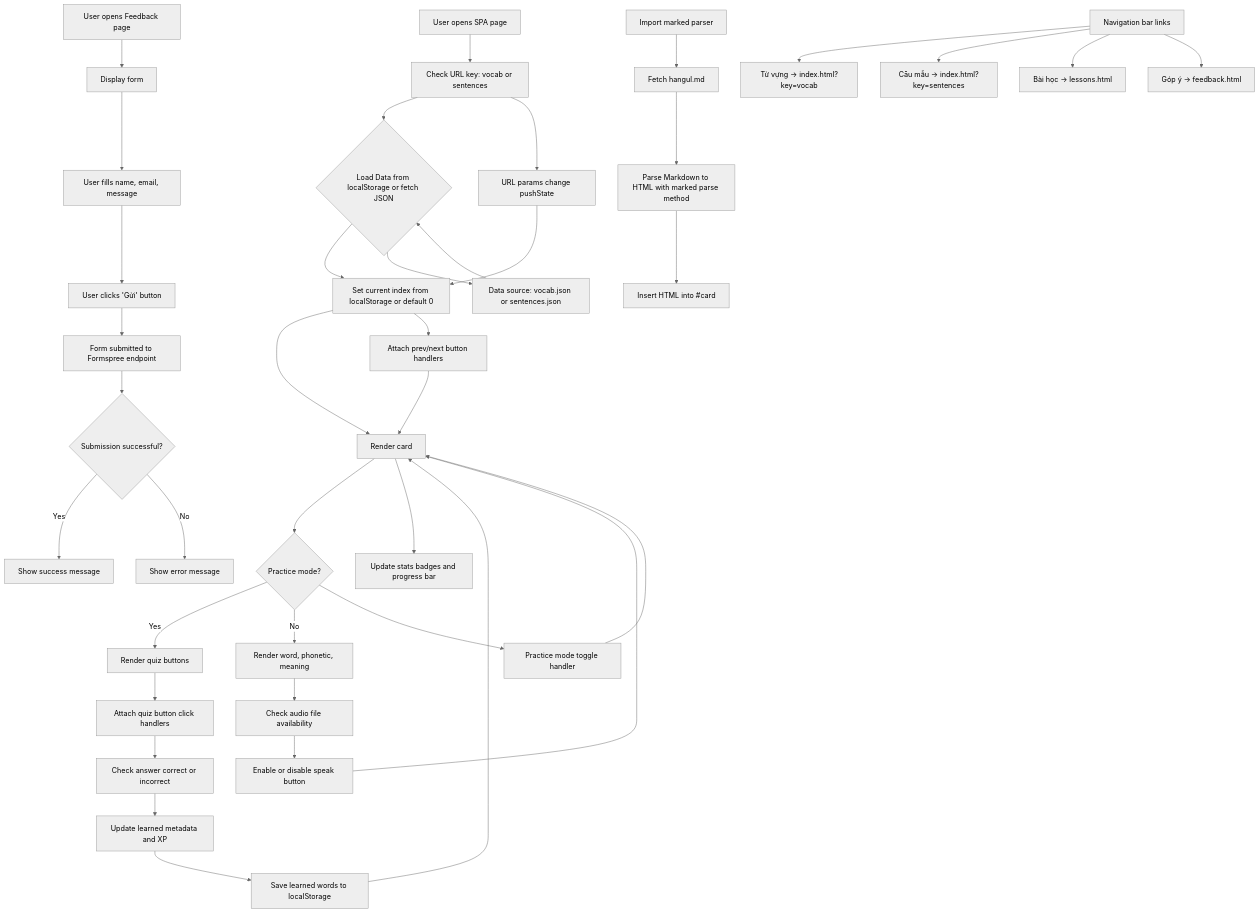
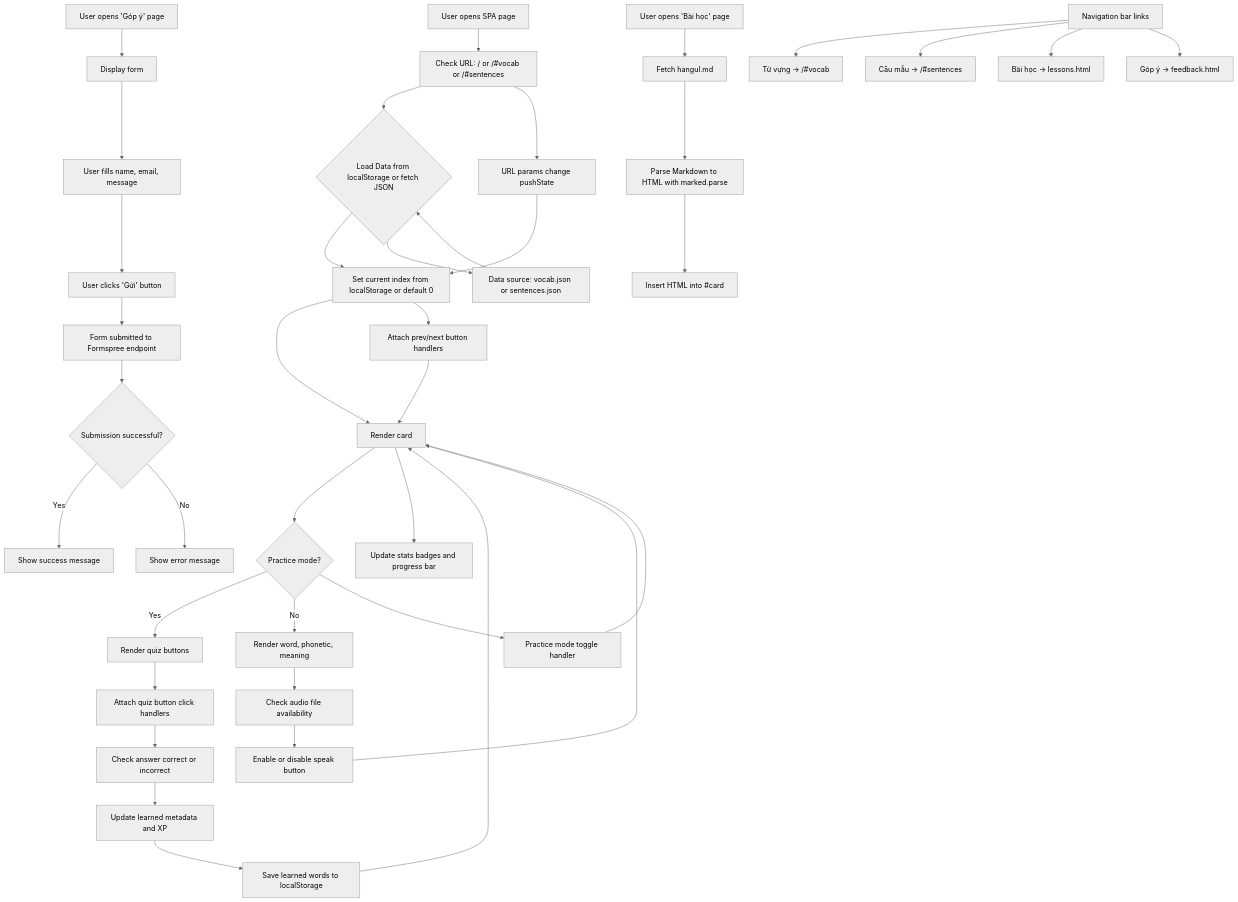
One commit to tuongna/kfr changed the diagram in ARCHITECTURE.md. Above: the diagram before and after it, drawn with Mermaid (neutral theme). The commit also changed 2 other files, not shown here.

Commit message:
chore(docs): re-format

````diff
--- a/ARCHITECTURE.md
+++ b/ARCHITECTURE.md
@@ -3,56 +3,56 @@
 ```mermaid
 flowchart TD
-   %% SPA
-    SPA1[User opens SPA page] --> SPA2[Check URL key: vocab or sentences]
+    %% SPA
+    SPA1[User opens SPA page] --> SPA2[Check URL: / or /#vocab or /#sentences]
     SPA2 --> SPA3{Load Data from localStorage or fetch JSON}
     SPA3 --> SPA4[Set current index from localStorage or default 0]
     SPA4 --> SPA5[Render card]
 
     SPA5 --> SPA6{Practice mode?}
     SPA6 -- Yes --> SPA7[Render quiz buttons]
     SPA6 -- No --> SPA8[Render word, phonetic, meaning]
 
     SPA7 --> SPA9[Attach quiz button click handlers]
     SPA9 --> SPA10[Check answer correct or incorrect]
     SPA10 --> SPA11[Update learned metadata and XP]
     SPA11 --> SPA12[Save learned words to localStorage]
     SPA12 --> SPA5
 
     SPA8 --> SPA13[Check audio file availability]
     SPA13 --> SPA14[Enable or disable speak button]
     SPA14 --> SPA5
 
     SPA5 --> SPA15[Update stats badges and progress bar]
     SPA4 --> SPA16[Attach prev/next button handlers]
     SPA16 --> SPA5
     SPA6 --> SPA17[Practice mode toggle handler]
     SPA17 --> SPA5
 
     %% Data
     SPA3 --> SPA18[Data source: vocab.json or sentences.json]
     SPA18 --> SPA3
 
     %% Navigation inside SPA
     SPA2 --> SPA19[URL params change pushState]
     SPA19 --> SPA4
 
     %% Hangul Markdown rendering
-    H1[Import marked parser] --> H2[Fetch hangul.md]
-    H2 --> H3[Parse Markdown to HTML with marked parse method]
+    H1[User opens 'Bài học' page] --> H2[Fetch hangul.md]
+    H2 --> H3[Parse Markdown to HTML with marked.parse]
     H3 --> H4[Insert HTML into #card]
 
     %% Feedback page flow
-    F1[User opens Feedback page] --> F2[Display form]
+    F1[User opens 'Góp ý' page] --> F2[Display form]
     F2 --> F3[User fills name, email, message]
     F3 --> F4[User clicks 'Gửi' button]
     F4 --> F5[Form submitted to Formspree endpoint]
     F5 --> F6{Submission successful?}
     F6 -- Yes --> F7[Show success message]
     F6 -- No --> F8[Show error message]
 
     %% Navigation between SSR pages
-    NAV1[Navigation bar links] --> NAV2["Từ vựng -> index.html?key=vocab"]
-    NAV1 --> NAV3["Câu mẫu -> index.html?key=sentences"]
-    NAV1 --> NAV4["Bài học -> lessons.html"]
-    NAV1 --> NAV5["Góp ý -> feedback.html"]
+    NAV1[Navigation bar links] --> NAV2[Từ vựng -> /#vocab]
+    NAV1 --> NAV3[Câu mẫu -> /#sentences]
+    NAV1 --> NAV4[Bài học -> lessons.html]
+    NAV1 --> NAV5[Góp ý -> feedback.html]
 ```
````
